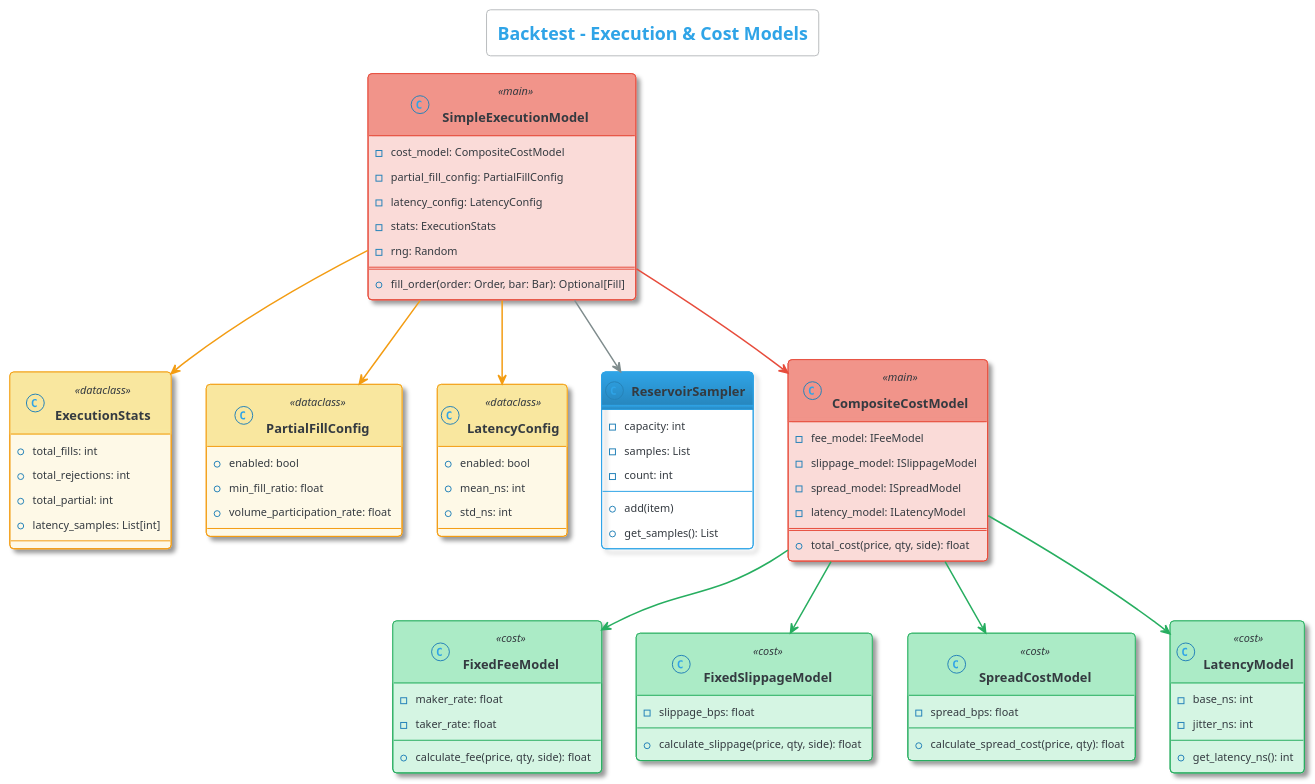
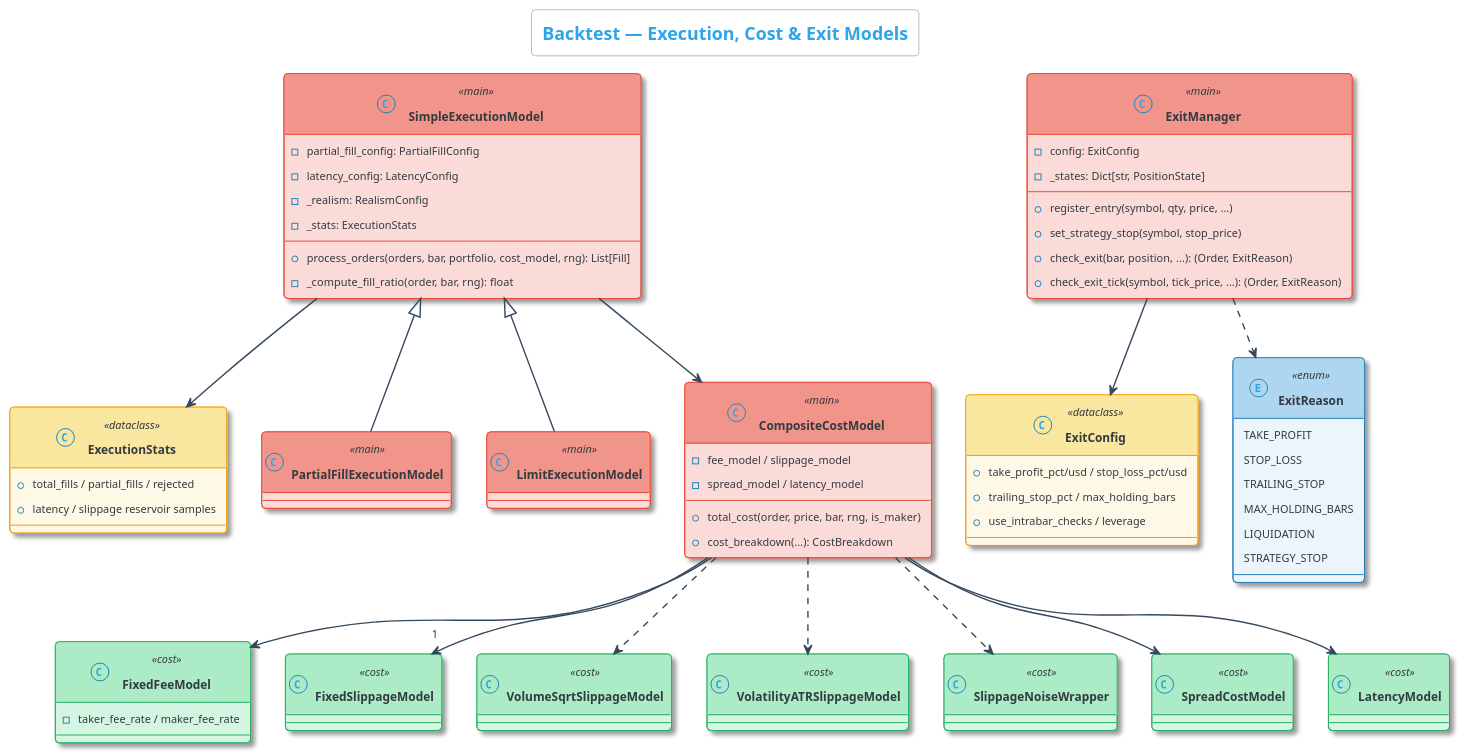
The sixth of 15 diagrams in docs/uml_diagrams.puml (McanKul/ai-adaptive-tradebot-blg4901), drawn with PlantUML before and after one commit. The commit also changed other lines of this file and 5 other files, not shown here.

```diff
--- a/docs/uml_diagrams.puml
+++ b/docs/uml_diagrams.puml
@@ -240,111 +690,101 @@
 @startuml Class_Backtest_Execution
 !theme cerulean-outline
-title <size:18>**Backtest - Execution & Cost Models**</size>
+title <size:18>**Backtest — Execution, Cost & Exit Models**</size>
 
 skinparam {
   shadowing true
   defaultFontSize 11
-  classFontSize 13
+  classFontSize 12
   classFontStyle bold
   ArrowColor #34495E
-  ArrowThickness 1.5
+  ArrowThickness 1.4
 }
-
 skinparam class<<main>> {
   BackgroundColor #FADBD8
   BorderColor #E74C3C
   HeaderBackgroundColor #F1948A
 }
-
 skinparam class<<dataclass>> {
   BackgroundColor #FEF9E7
   BorderColor #F39C12
   HeaderBackgroundColor #F9E79F
 }
-
 skinparam class<<cost>> {
   BackgroundColor #D5F5E3
   BorderColor #27AE60
   HeaderBackgroundColor #ABEBC6
 }
+skinparam class<<enum>> {
+  BackgroundColor #EBF5FB
+  BorderColor #2980B9
+  HeaderBackgroundColor #AED6F1
+}
 
 class SimpleExecutionModel <<main>> {
-  -cost_model: CompositeCostModel
   -partial_fill_config: PartialFillConfig
   -latency_config: LatencyConfig
-  -stats: ExecutionStats
-  -rng: Random
-  ==
-  +fill_order(order: Order, bar: Bar): Optional[Fill]
+  -_realism: RealismConfig
+  -_stats: ExecutionStats
+  +process_orders(orders, bar, portfolio, cost_model, rng): List[Fill]
+  -_compute_fill_ratio(order, bar, rng): float
 }
-
 class ExecutionStats <<dataclass>> {
-  +total_fills: int
-  +total_rejections: int
-  +total_partial: int
-  +latency_samples: List[int]
+  +total_fills / partial_fills / rejected
+  +latency / slippage reservoir samples
 }
-
-class PartialFillConfig <<dataclass>> {
-  +enabled: bool
-  +min_fill_ratio: float
-  +volume_participation_rate: float
-}
-
-class LatencyConfig <<dataclass>> {
-  +enabled: bool
-  +mean_ns: int
-  +std_ns: int
-}
-
-class ReservoirSampler {
-  -capacity: int
-  -samples: List
-  -count: int
-  --
-  +add(item)
-  +get_samples(): List
-}
+class PartialFillExecutionModel <<main>>
+class LimitExecutionModel <<main>>
+SimpleExecutionModel <|-- PartialFillExecutionModel
+SimpleExecutionModel <|-- LimitExecutionModel
 
 class CompositeCostModel <<main>> {
-  -fee_model: IFeeModel
-  -slippage_model: ISlippageModel
-  -spread_model: ISpreadModel
-  -latency_model: ILatencyModel
-  ==
-  +total_cost(price, qty, side): float
+  -fee_model / slippage_model
+  -spread_model / latency_model
+  +total_cost(order, price, bar, rng, is_maker)
+  +cost_breakdown(...): CostBreakdown
 }
+class FixedFeeModel <<cost>> {
+  -taker_fee_rate / maker_fee_rate
+}
+class FixedSlippageModel <<cost>>
+class VolumeSqrtSlippageModel <<cost>>
+class VolatilityATRSlippageModel <<cost>>
+class SlippageNoiseWrapper <<cost>>
+class SpreadCostModel <<cost>>
+class LatencyModel <<cost>>
 
-class FixedFeeModel <<cost>> {
-  -maker_rate: float
-  -taker_rate: float
-  +calculate_fee(price, qty, side): float
+CompositeCostModel --> FixedFeeModel
+CompositeCostModel --> "1" FixedSlippageModel
+CompositeCostModel ..> VolumeSqrtSlippageModel
+CompositeCostModel ..> VolatilityATRSlippageModel
+CompositeCostModel ..> SlippageNoiseWrapper
+CompositeCostModel --> SpreadCostModel
+CompositeCostModel --> LatencyModel
+SimpleExecutionModel --> CompositeCostModel
+SimpleExecutionModel --> ExecutionStats
+
+class ExitManager <<main>> {
+  -config: ExitConfig
+  -_states: Dict[str, PositionState]
+  +register_entry(symbol, qty, price, ...)
+  +set_strategy_stop(symbol, stop_price)
+  +check_exit(bar, position, ...): (Order, ExitReason)
+  +check_exit_tick(symbol, tick_price, ...): (Order, ExitReason)
 }
-
-class FixedSlippageModel <<cost>> {
-  -slippage_bps: float
-  +calculate_slippage(price, qty, side): float
+class ExitConfig <<dataclass>> {
+  +take_profit_pct/usd / stop_loss_pct/usd
+  +trailing_stop_pct / max_holding_bars
+  +use_intrabar_checks / leverage
 }
-
-class SpreadCostModel <<cost>> {
-  -spread_bps: float
-  +calculate_spread_cost(price, qty): float
+enum ExitReason <<enum>> {
+  TAKE_PROFIT
+  STOP_LOSS
+  TRAILING_STOP
+  MAX_HOLDING_BARS
+  LIQUIDATION
+  STRATEGY_STOP
 }
-
-class LatencyModel <<cost>> {
-  -base_ns: int
-  -jitter_ns: int
-  +get_latency_ns(): int
-}
-
-SimpleExecutionModel -[#E74C3C]-> CompositeCostModel
-SimpleExecutionModel -[#F39C12]-> PartialFillConfig
-SimpleExecutionModel -[#F39C12]-> LatencyConfig
-SimpleExecutionModel -[#F39C12]-> ExecutionStats
-SimpleExecutionModel -[#7F8C8D]-> ReservoirSampler
-CompositeCostModel -[#27AE60]-> FixedFeeModel
-CompositeCostModel -[#27AE60]-> FixedSlippageModel
-CompositeCostModel -[#27AE60]-> SpreadCostModel
-CompositeCostModel -[#27AE60]-> LatencyModel
+ExitManager --> ExitConfig
+ExitManager ..> ExitReason
 
 @enduml
```
